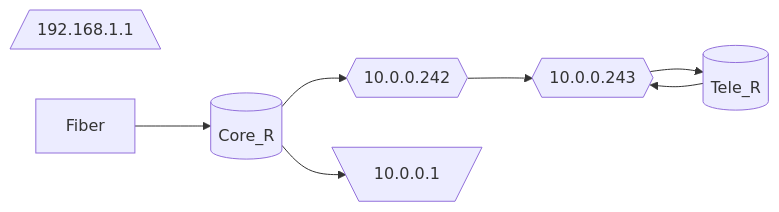
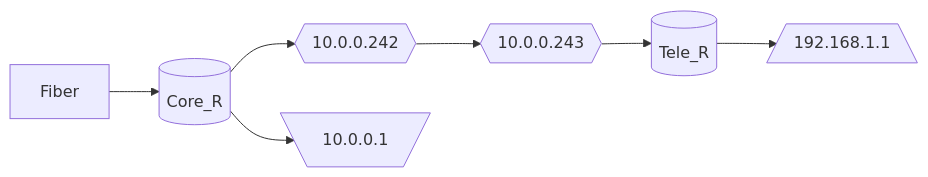
Before and after one commit to notkasim/DOCS: the second of 2 diagrams in Topology.md, drawn with Mermaid.

````diff
--- a/Topology.md
+++ b/Topology.md
@@ -18,23 +18,23 @@
 ```mermaid
 graph LR;
     core[(Core_R)]
     tele2[(Tele_R)]
     core_link{{10.0.0.242}}
     tele2_link{{10.0.0.243}}
     core_gw[\10.0.0.1/]
     tele2_gw[/192.168.1.1\]
 
     
     Fiber-->core
     core-->core_gw
     core-->core_link
     core_link-->tele2_link
     tele2_link-->tele2
-    tele2-->tele2_link
+    tele2-->tele2_gw
 
 
 
 
 
 
 ```
````
